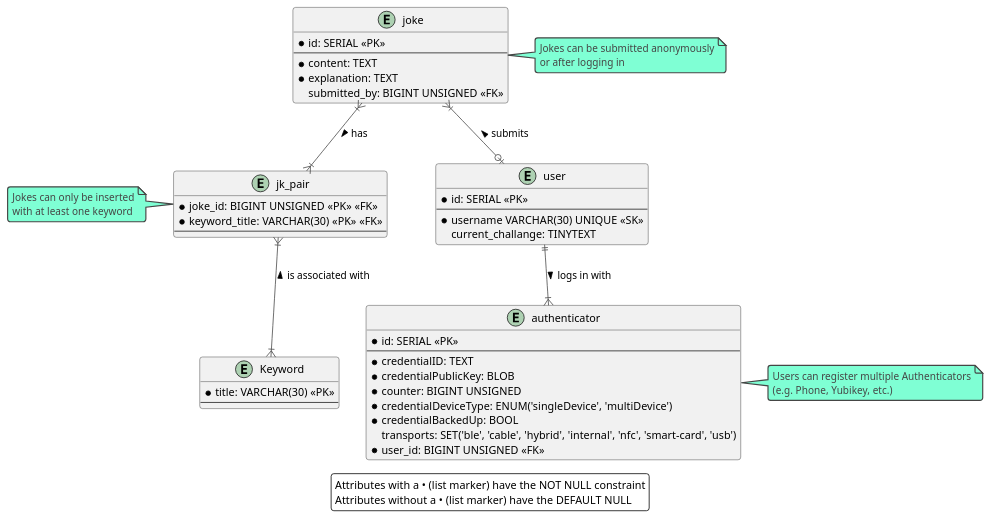
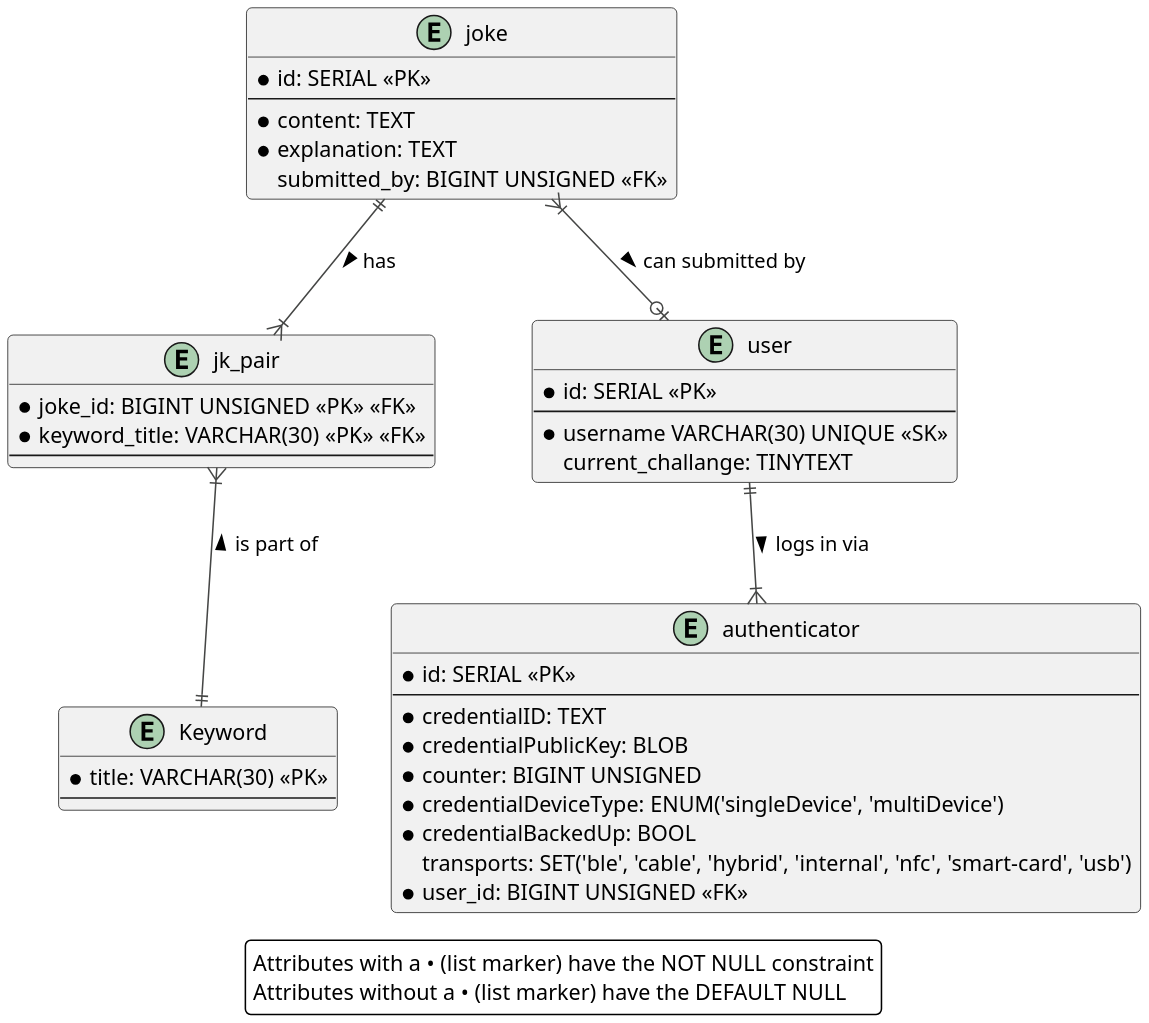
Before and after one commit to SturmDerLiebe/bavarian_joke_generator: the second of 2 diagrams in database/database_model.md, drawn with PlantUML. The commit also changed other lines of this file, not shown here.

```diff
--- a/database/database_model.md
+++ b/database/database_model.md
@@ -10,58 +36,54 @@
 @startuml
 'skinparam linetype ortho
-'scale 2
+scale 2
 !theme vibrant
 
 entity joke {
     * id: SERIAL <<PK>>
     --
     * content: TEXT
     * explanation: TEXT
     submitted_by: BIGINT UNSIGNED <<FK>>
 }
 
 entity jk_pair {
     * joke_id: BIGINT UNSIGNED <<PK>> <<FK>>
     * keyword_title: VARCHAR(30) <<PK>> <<FK>>
     --
 }
 
 entity Keyword  {
     * title: VARCHAR(30) <<PK>>
     --
 }
 
 entity user {
     ' The extra id is necessary for using simplewebauthn:
     * id: SERIAL <<PK>>
     --
     * username VARCHAR(30) UNIQUE <<SK>>
     current_challange: TINYTEXT
 }
 
 entity authenticator {
     * id: SERIAL <<PK>>
     --
     * credentialID: TEXT
     * credentialPublicKey: BLOB
     * counter: BIGINT UNSIGNED
     * credentialDeviceType: ENUM('singleDevice', 'multiDevice')
     * credentialBackedUp: BOOL
     transports: SET('ble', 'cable', 'hybrid', 'internal', 'nfc', 'smart-card', 'usb')
     * user_id: BIGINT UNSIGNED <<FK>>
 }
 
-joke }|--|{ jk_pair : has >
-jk_pair }|--|{ Keyword : is associated with <
-joke }|--o| user : submits <
-user ||--|{ authenticator : logs in with >
-
-note left of jk_pair: Jokes can only be inserted\nwith at least one keyword
-note right of joke: Jokes can be submitted anonymously\nor after logging in 
-note right of authenticator: Users can register multiple Authenticators\n(e.g. Phone, Yubikey, etc.)
+joke ||--|{ jk_pair : has >
+jk_pair }|--|| Keyword : is part of <
+joke }|--o| user : can submitted by >
+user ||--|{ authenticator : logs in via > 
 
 legend
     Attributes with a • (list marker) have the NOT NULL constraint
     Attributes without a • (list marker) have the DEFAULT NULL
 endlegend
 @enduml
```
